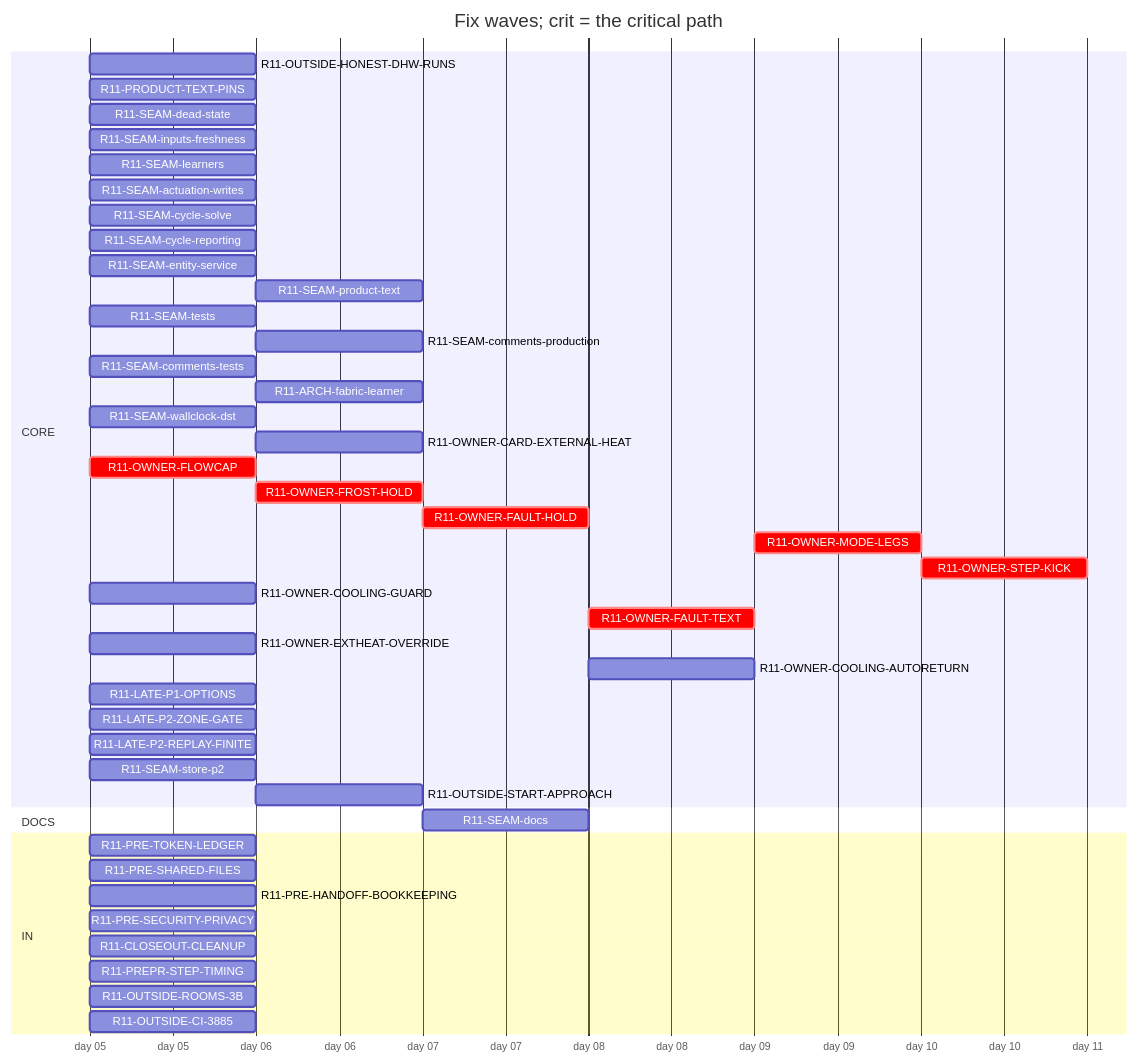
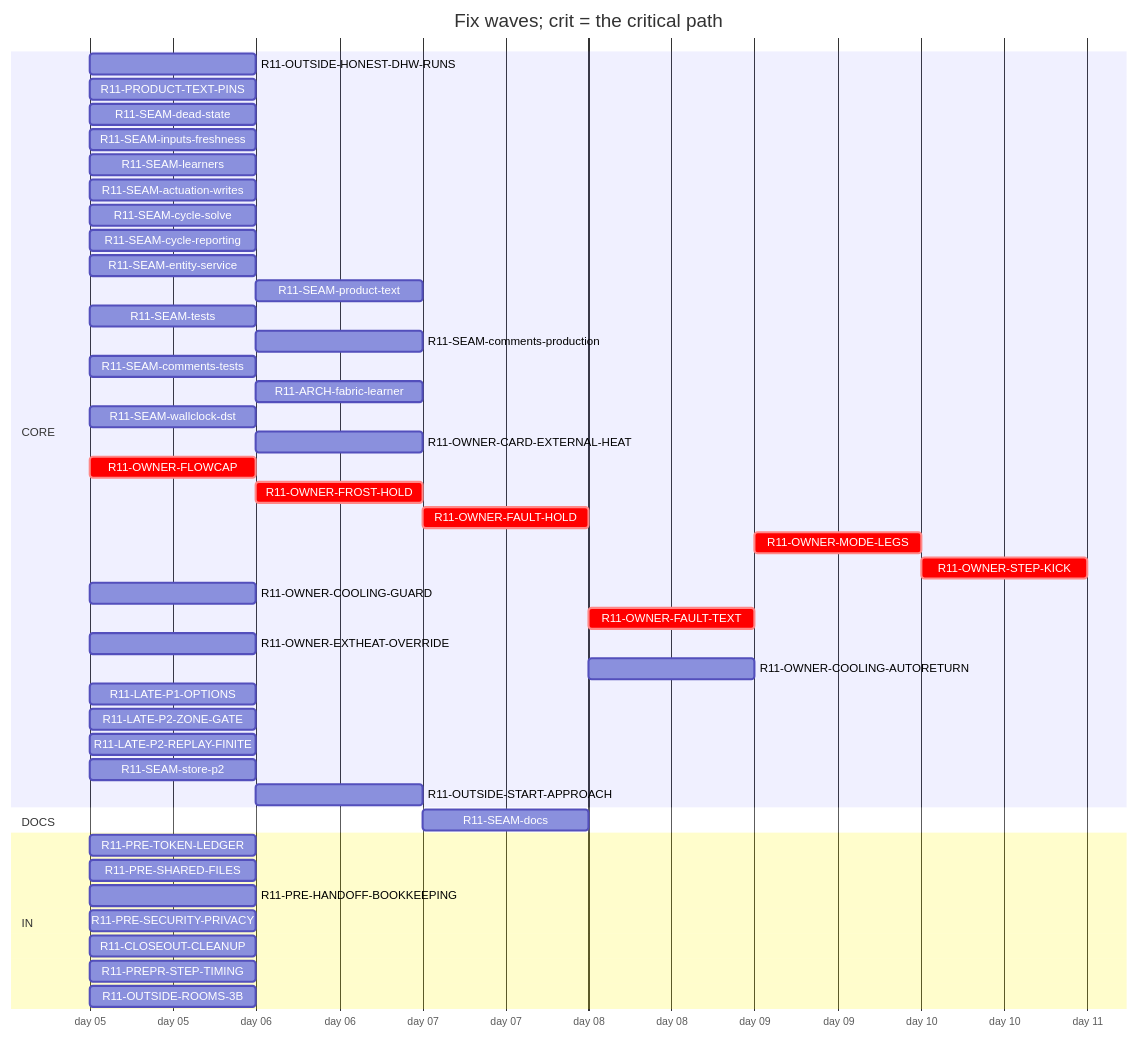
One commit to tvofi/heatpump_optimizer changed the diagram in handoff/round11/state/PLAN-TABLE.md. Above: the diagram before and after it, drawn with Mermaid. The commit also changed other lines of this file and 4 other files, not shown here.

Commit message:
state: FLOW-BOARD.md, NEXT-SESSION-PROMPT.md, PLAN-TABLE.md, PLAN.html, RESUME-CURRENT.md regenerated (state_docs.py)

````diff
--- a/handoff/round11/state/PLAN-TABLE.md
+++ b/handoff/round11/state/PLAN-TABLE.md
@@ -16,48 +16,47 @@
 ```mermaid
 gantt
   title Fix waves; crit = the critical path
   dateFormat YYYY-MM-DD
   axisFormat day %d
   section CORE
     R11-OUTSIDE-HONEST-DHW-RUNS :r11OUTSIDEHONESTDHWRUNS, 2026-01-05, 1d
     R11-PRODUCT-TEXT-PINS :r11PRODUCTTEXTPINS, 2026-01-05, 1d
     R11-SEAM-dead-state :r11SEAMdeadstate, 2026-01-05, 1d
     R11-SEAM-inputs-freshness :r11SEAMinputsfreshness, 2026-01-05, 1d
     R11-SEAM-learners :r11SEAMlearners, 2026-01-05, 1d
     R11-SEAM-actuation-writes :r11SEAMactuationwrites, 2026-01-05, 1d
     R11-SEAM-cycle-solve :r11SEAMcyclesolve, 2026-01-05, 1d
     R11-SEAM-cycle-reporting :r11SEAMcyclereporting, 2026-01-05, 1d
     R11-SEAM-entity-service :r11SEAMentityservice, 2026-01-05, 1d
     R11-SEAM-product-text :r11SEAMproducttext, after r11SEAMactuationwrites r11SEAMentityservice r11SEAMinputsfreshness r11SEAMcyclesolve r11SEAMcyclereporting, 1d
     R11-SEAM-tests :r11SEAMtests, 2026-01-05, 1d
     R11-SEAM-comments-production :r11SEAMcommentsproduction, after r11SEAMactuationwrites r11SEAMentityservice r11SEAMinputsfreshness r11SEAMcyclesolve r11SEAMcyclereporting, 1d
     R11-SEAM-comments-tests :r11SEAMcommentstests, 2026-01-05, 1d
     R11-ARCH-fabric-learner :r11ARCHfabriclearner, after r11SEAMlearners, 1d
     R11-SEAM-wallclock-dst :r11SEAMwallclockdst, 2026-01-05, 1d
     R11-OWNER-CARD-EXTERNAL-HEAT :r11OWNERCARDEXTERNALHEAT, after r11OWNEREXTHEATOVERRIDE, 1d
     R11-OWNER-FLOWCAP :crit, r11OWNERFLOWCAP, 2026-01-05, 1d
     R11-OWNER-FROST-HOLD :crit, r11OWNERFROSTHOLD, after r11OWNERFLOWCAP, 1d
     R11-OWNER-FAULT-HOLD :crit, r11OWNERFAULTHOLD, after r11OWNERFROSTHOLD, 1d
     R11-OWNER-MODE-LEGS :crit, r11OWNERMODELEGS, after r11OWNERFAULTTEXT, 1d
     R11-OWNER-STEP-KICK :crit, r11OWNERSTEPKICK, after r11OWNERMODELEGS, 1d
     R11-OWNER-COOLING-GUARD :r11OWNERCOOLINGGUARD, 2026-01-05, 1d
     R11-OWNER-FAULT-TEXT :crit, r11OWNERFAULTTEXT, after r11OWNERFAULTHOLD, 1d
     R11-OWNER-EXTHEAT-OVERRIDE :r11OWNEREXTHEATOVERRIDE, 2026-01-05, 1d
     R11-OWNER-COOLING-AUTORETURN :r11OWNERCOOLINGAUTORETURN, after r11OWNERCOOLINGGUARD r11OWNERFAULTHOLD, 1d
     R11-LATE-P1-OPTIONS :r11LATEP1OPTIONS, 2026-01-05, 1d
     R11-LATE-P2-ZONE-GATE :r11LATEP2ZONEGATE, 2026-01-05, 1d
     R11-LATE-P2-REPLAY-FINITE :r11LATEP2REPLAYFINITE, 2026-01-05, 1d
     R11-SEAM-store-p2 :r11SEAMstorep2, 2026-01-05, 1d
     R11-OUTSIDE-START-APPROACH :r11OUTSIDESTARTAPPROACH, after r11OUTSIDEHONESTDHWRUNS r11SEAMlearners, 1d
   section DOCS
     R11-SEAM-docs :r11SEAMdocs, after r11SEAMlearners r11SEAMactuationwrites r11SEAMentityservice r11SEAMinputsfreshness r11SEAMcyclesolve r11SEAMcyclereporting r11SEAMproducttext, 1d
   section IN
     R11-PRE-TOKEN-LEDGER :r11PRETOKENLEDGER, 2026-01-05, 1d
     R11-PRE-SHARED-FILES :r11PRESHAREDFILES, 2026-01-05, 1d
     R11-PRE-HANDOFF-BOOKKEEPING :r11PREHANDOFFBOOKKEEPING, 2026-01-05, 1d
     R11-PRE-SECURITY-PRIVACY :r11PRESECURITYPRIVACY, 2026-01-05, 1d
     R11-CLOSEOUT-CLEANUP :r11CLOSEOUTCLEANUP, 2026-01-05, 1d
     R11-PREPR-STEP-TIMING :r11PREPRSTEPTIMING, 2026-01-05, 1d
     R11-OUTSIDE-ROOMS-3B :r11OUTSIDEROOMS3B, 2026-01-05, 1d
-    R11-OUTSIDE-CI-3885 :r11OUTSIDECI3885, 2026-01-05, 1d
 ```
````
